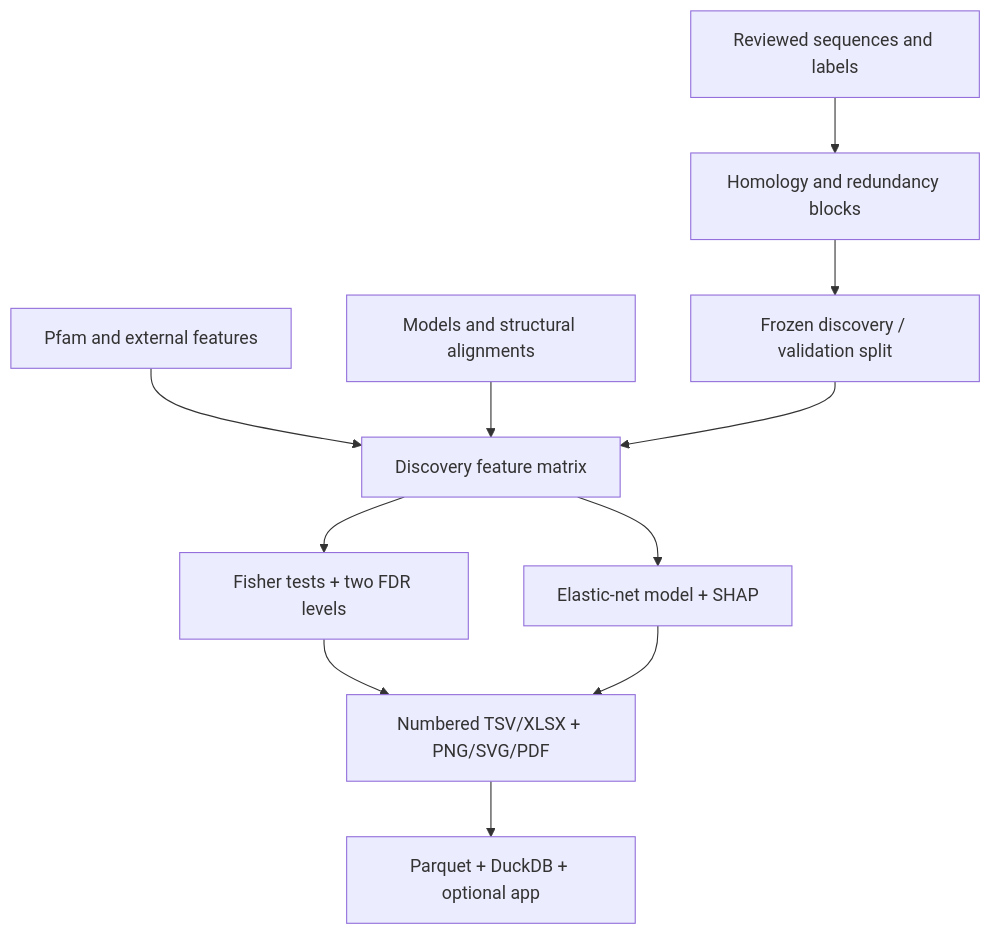
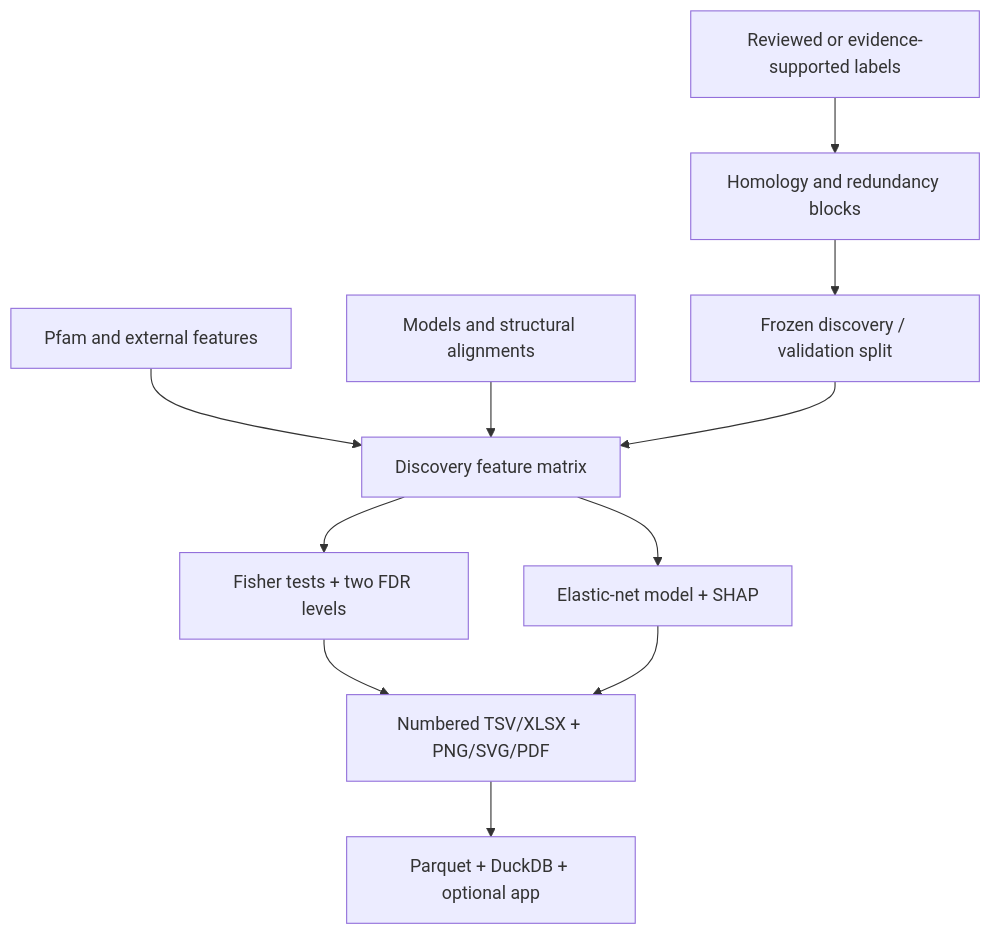
The diagram in README.md (peterthorpe5/protein-signature-analysis), drawn with Mermaid before and after one commit. The commit also changed other lines of this file and 39 other files, not shown here.

````diff
--- a/README.md
+++ b/README.md
@@ -32,13 +32,13 @@
 ```mermaid
 flowchart TD
-    A["Reviewed sequences and labels"] --> B["Homology and redundancy blocks"]
+    A["Reviewed or evidence-supported labels"] --> B["Homology and redundancy blocks"]
     C["Pfam and external features"] --> D["Discovery feature matrix"]
     E["Models and structural alignments"] --> D
     B --> F["Frozen discovery / validation split"]
     F --> D
     D --> G["Fisher tests + two FDR levels"]
     D --> H["Elastic-net model + SHAP"]
     G --> I["Numbered TSV/XLSX + PNG/SVG/PDF"]
     H --> I
     I --> J["Parquet + DuckDB + optional app"]
 ```
````
